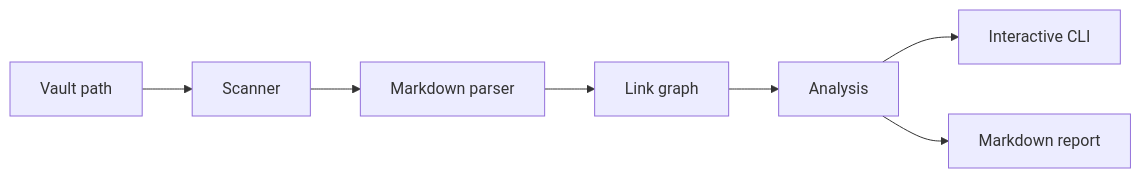
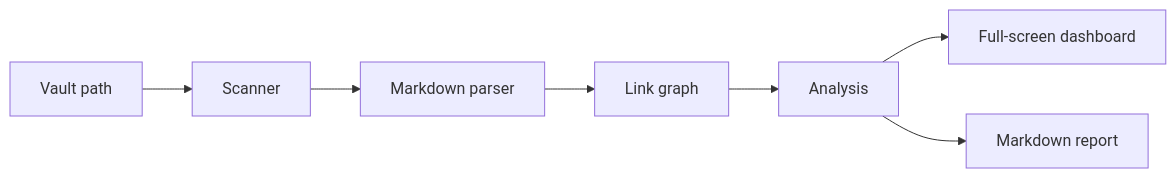
One commit to GeneralMalit/rust-vault-map changed the first of 2 diagrams in README.md. Above: the diagram before and after it, drawn with Mermaid. The commit also changed other lines of this file and 9 other files, not shown here.

Commit message:
feat: add full-screen vault dashboard

````diff
--- a/README.md
+++ b/README.md
@@ -68,9 +74,9 @@
 ```mermaid
 flowchart LR
     A["Vault path"] --> B["Scanner"]
     B --> C["Markdown parser"]
     C --> D["Link graph"]
     D --> E["Analysis"]
-    E --> F["Interactive CLI"]
+    E --> F["Full-screen dashboard"]
     E --> G["Markdown report"]
 ```
````
